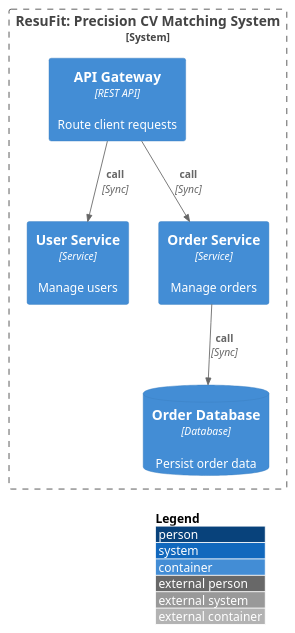
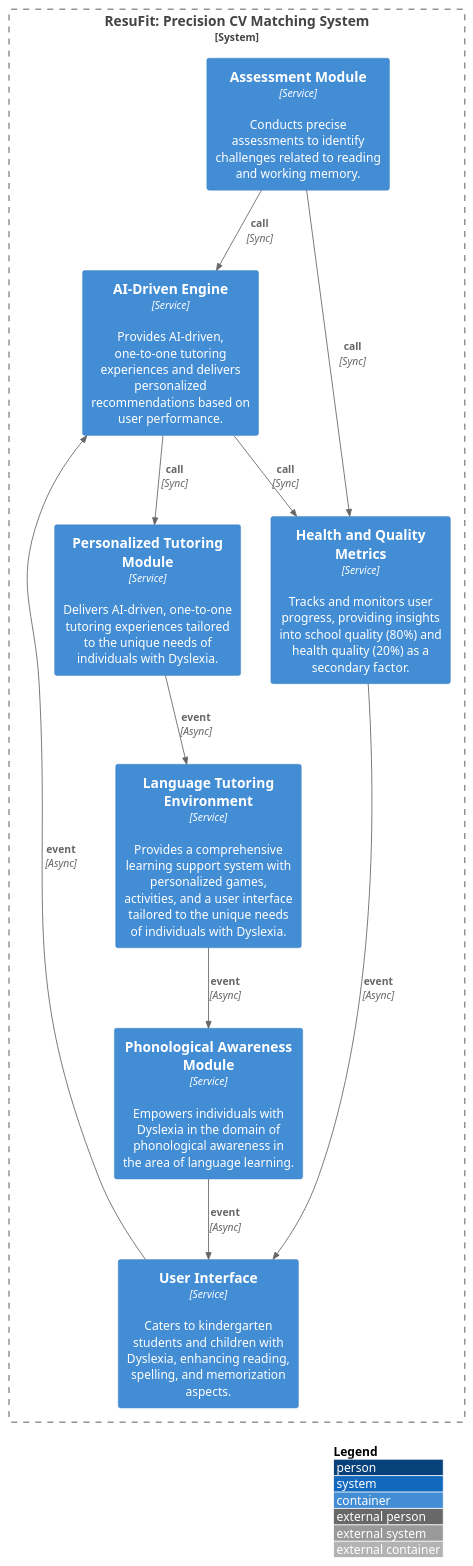
Before and after one commit to hanaAbdelwahab/GPARCHIMIND: the diagram in data/outputs/architecture_c4.puml, drawn with PlantUML. The commit also changed 32 other files, not shown here.

Commit message:
tescases for Architecture Recommendation

```diff
--- a/data/outputs/architecture_c4.puml
+++ b/data/outputs/architecture_c4.puml
@@ -1,13 +1,22 @@
 @startuml
 !include https://raw.githubusercontent.com/plantuml-stdlib/C4-PlantUML/master/C4_Container.puml
 LAYOUT_WITH_LEGEND()
 System_Boundary(ResuFitPrecisionCVMatchingSystem, "ResuFit: Precision CV Matching System") {
-  Container(APIGateway, "API Gateway", "REST API", "Route client requests")
-  Container(UserService, "User Service", "Service", "Manage users")
-  Container(OrderService, "Order Service", "Service", "Manage orders")
-  ContainerDb(OrderDatabase, "Order Database", "Database", "Persist order data")
+  Container(AssessmentModule, "Assessment Module", "Service", "Conducts precise assessments to identify challenges related to reading and working memory.")
+  Container(PersonalizedTutoringModule, "Personalized Tutoring Module", "Service", "Delivers AI-driven, one-to-one tutoring experiences tailored to the unique needs of individuals with Dyslexia.")
+  Container(LanguageTutoringEnvironment, "Language Tutoring Environment", "Service", "Provides a comprehensive learning support system with personalized games, activities, and a user interface tailored to the unique needs of individuals with Dyslexia.")
+  Container(PhonologicalAwarenessModule, "Phonological Awareness Module", "Service", "Empowers individuals with Dyslexia in the domain of phonological awareness in the area of language learning.")
+  Container(UserInterface, "User Interface", "Service", "Caters to kindergarten students and children with Dyslexia, enhancing reading, spelling, and memorization aspects.")
+  Container(AIDrivenEngine, "AI-Driven Engine", "Service", "Provides AI-driven, one-to-one tutoring experiences and delivers personalized recommendations based on user performance.")
+  Container(HealthandQualityMetrics, "Health and Quality Metrics", "Service", "Tracks and monitors user progress, providing insights into school quality (80%) and health quality (20%) as a secondary factor.")
 }
-Rel(APIGateway, UserService, "call", "Sync")
-Rel(APIGateway, OrderService, "call", "Sync")
-Rel(OrderService, OrderDatabase, "call", "Sync")
+Rel(AssessmentModule, AIDrivenEngine, "call", "Sync")
+Rel(AssessmentModule, HealthandQualityMetrics, "call", "Sync")
+Rel(AIDrivenEngine, PersonalizedTutoringModule, "call", "Sync")
+Rel(PersonalizedTutoringModule, LanguageTutoringEnvironment, "event", "Async")
+Rel(LanguageTutoringEnvironment, PhonologicalAwarenessModule, "event", "Async")
+Rel(PhonologicalAwarenessModule, UserInterface, "event", "Async")
+Rel(UserInterface, AIDrivenEngine, "event", "Async")
+Rel(AIDrivenEngine, HealthandQualityMetrics, "call", "Sync")
+Rel(HealthandQualityMetrics, UserInterface, "event", "Async")
 @enduml
```
